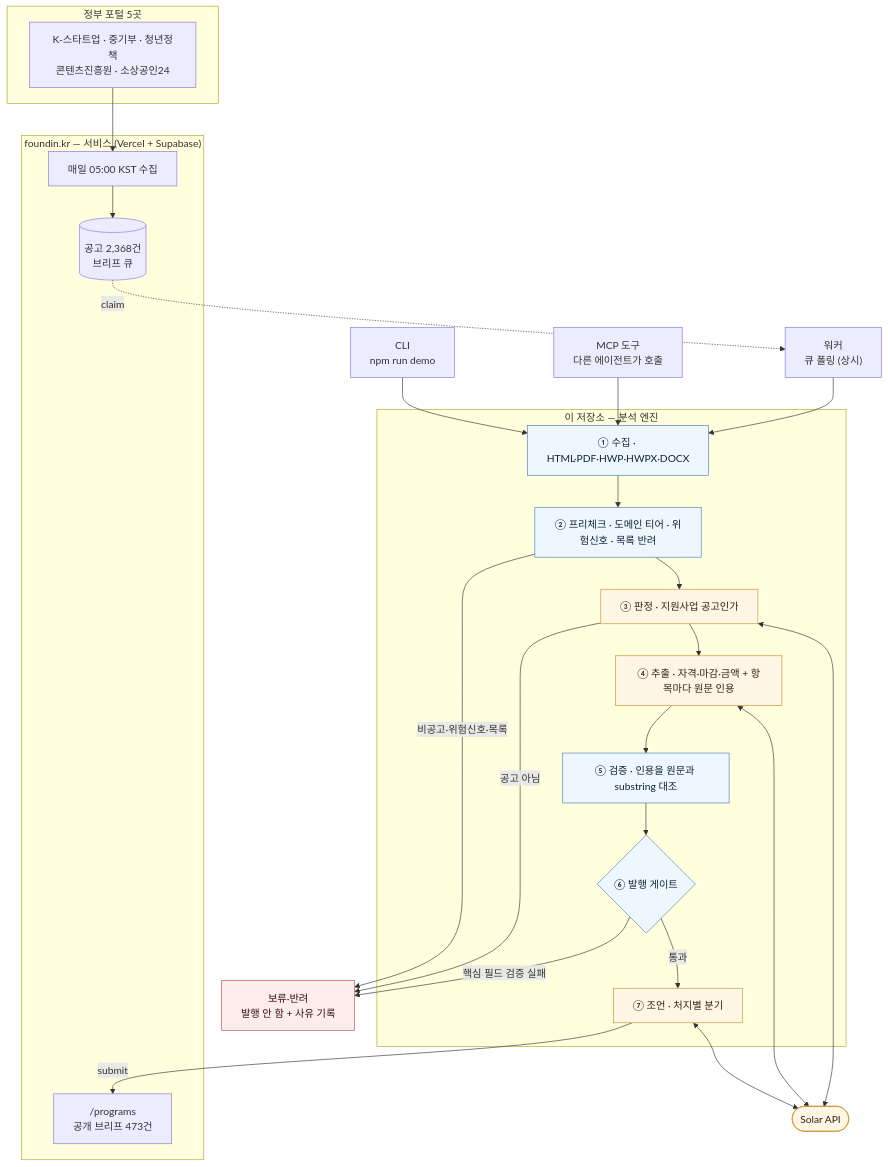
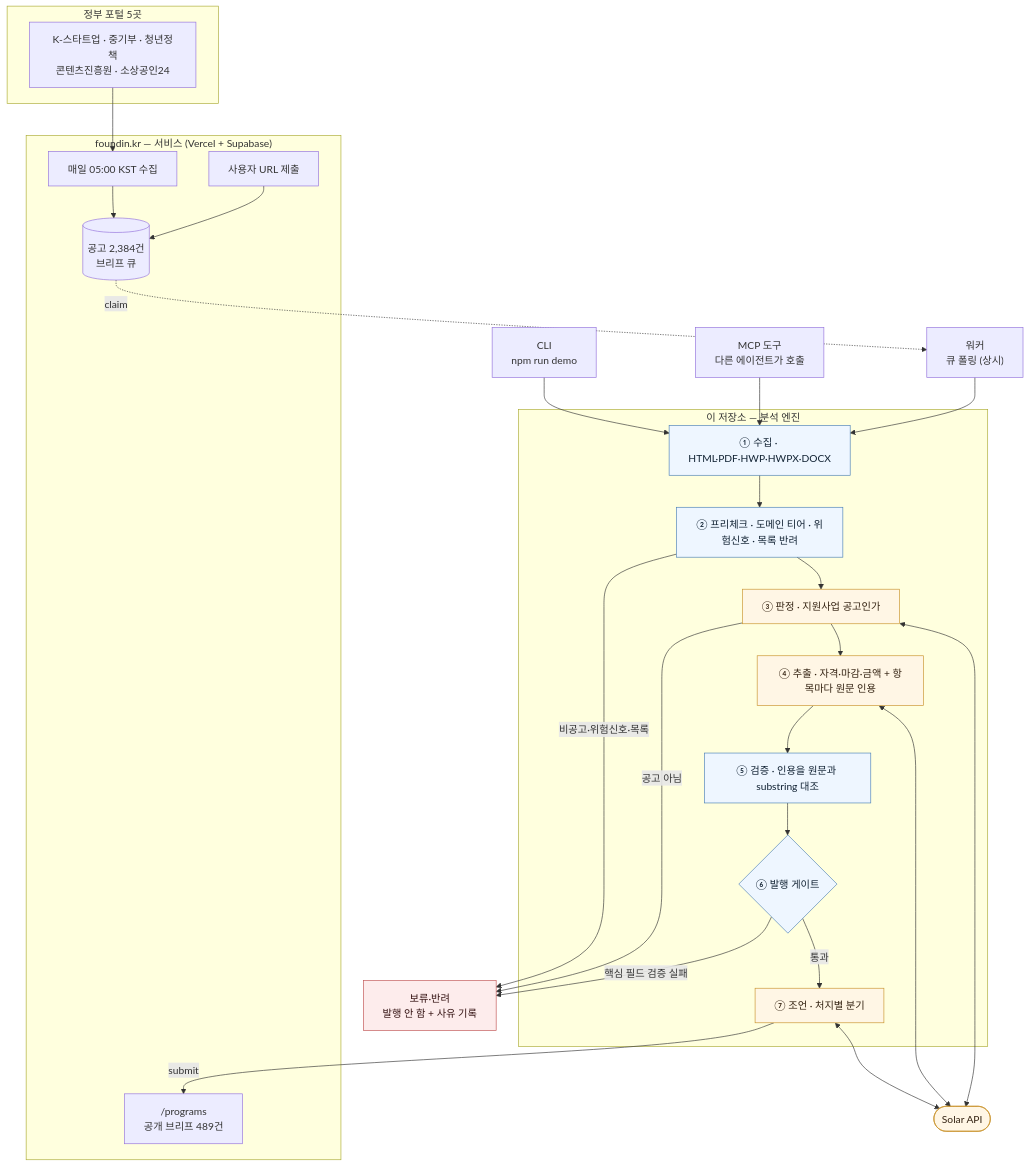
The diagram in README.md (han0-Jeon/foundin), drawn with Mermaid before and after one commit. The commit also changed other lines of this file, not shown here.

````diff
--- a/README.md
+++ b/README.md
@@ -179,56 +184,58 @@
 ```mermaid
 flowchart TB
     subgraph SRC["정부 포털 5곳"]
         P["K-스타트업 · 중기부 · 청년정책<br/>콘텐츠진흥원 · 소상공인24"]
     end
 
     subgraph SVC["foundin.kr — 서비스 (Vercel + Supabase)"]
         SY["매일 05:00 KST 수집"]
-        Q[("공고 2,368건<br/>브리프 큐")]
-        PG["/programs<br/>공개 브리프 473건"]
+        US["사용자 URL 제출"]
+        Q[("공고 2,384건<br/>브리프 큐")]
+        PG["/programs<br/>공개 브리프 489건"]
     end
 
     W["워커<br/>큐 폴링 (상시)"]
     C2["CLI<br/>npm run demo"]
     M["MCP 도구<br/>다른 에이전트가 호출"]
 
     subgraph ENG["이 저장소 — 분석 엔진"]
         A1["① 수집 · HTML·PDF·HWP·HWPX·DOCX"]
         A2["② 프리체크 · 도메인 티어 · 위험신호 · 목록 반려"]
         A3["③ 판정 · 지원사업 공고인가"]
         A4["④ 추출 · 자격·마감·금액 + 항목마다 원문 인용"]
         A5["⑤ 검증 · 인용을 원문과 substring 대조"]
         A6{"⑥ 발행 게이트"}
         A7["⑦ 조언 · 처지별 분기"]
     end
 
     SOLAR(["Solar API"])
     HOLD["보류·반려<br/>발행 안 함 + 사유 기록"]
 
     P --> SY --> Q
+    US --> Q
     Q -.->|claim| W
     W --> A1
     C2 --> A1
     M --> A1
     A1 --> A2
     A2 -->|비공고·위험신호·목록| HOLD
     A2 --> A3
     A3 -->|공고 아님| HOLD
     A3 --> A4
     A4 --> A5
     A5 --> A6
     A6 -->|핵심 필드 검증 실패| HOLD
     A6 -->|통과| A7
     A7 -->|submit| PG
 
     A3 <--> SOLAR
     A4 <--> SOLAR
     A7 <--> SOLAR
 
     classDef code fill:#eef6ff,stroke:#4a7fb5,color:#123
     classDef llm fill:#fff6e5,stroke:#c8922a,color:#321
     classDef stop fill:#fdecec,stroke:#c05252,color:#311
     class A1,A2,A5,A6 code
     class A3,A4,A7,SOLAR llm
     class HOLD stop
 ```
````
